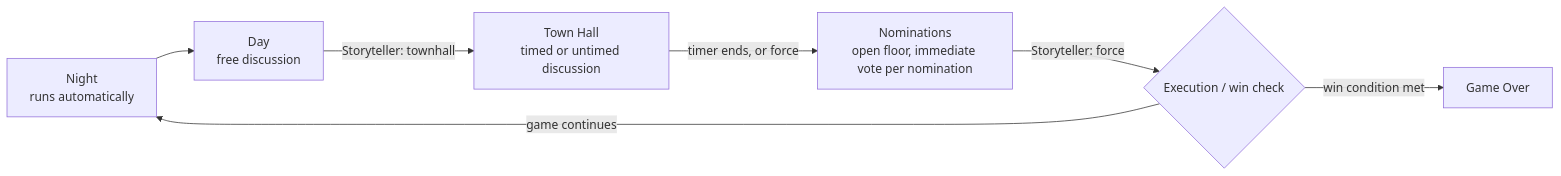
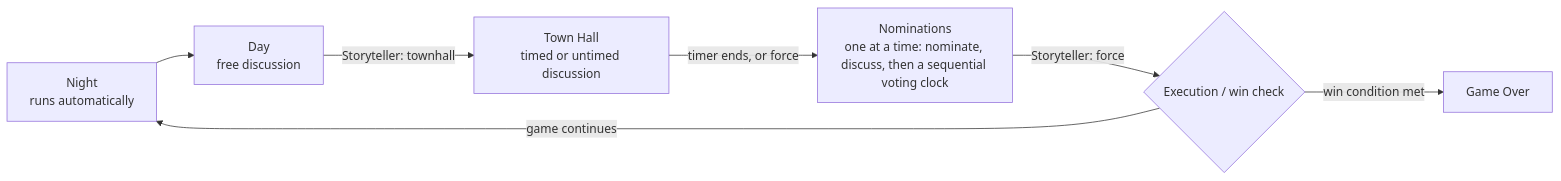
One commit to Heathins98/BOC_Game changed the diagram in README.md. Above: the diagram before and after it, drawn with Mermaid. The commit also changed other lines of this file and 23 other files, not shown here.

````diff
--- a/README.md
+++ b/README.md
@@ -122,9 +130,9 @@
 ```mermaid
 flowchart LR
     A[Night<br/>runs automatically] --> B[Day<br/>free discussion]
     B -->|Storyteller: townhall| C[Town Hall<br/>timed or untimed discussion]
-    C -->|timer ends, or force| D[Nominations<br/>open floor, immediate vote per nomination]
+    C -->|timer ends, or force| D[Nominations<br/>one at a time: nominate, discuss, then a sequential voting clock]
     D -->|Storyteller: force| E{Execution / win check}
     E -->|game continues| A
     E -->|win condition met| F[Game Over]
 ```
````
